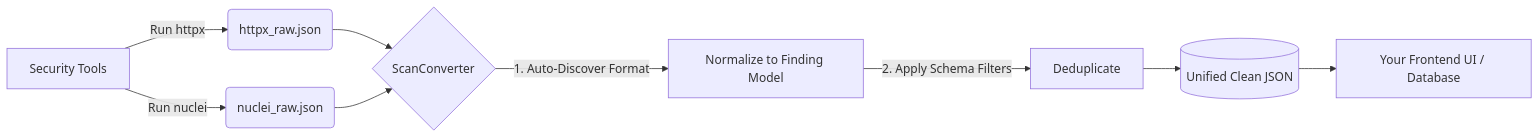
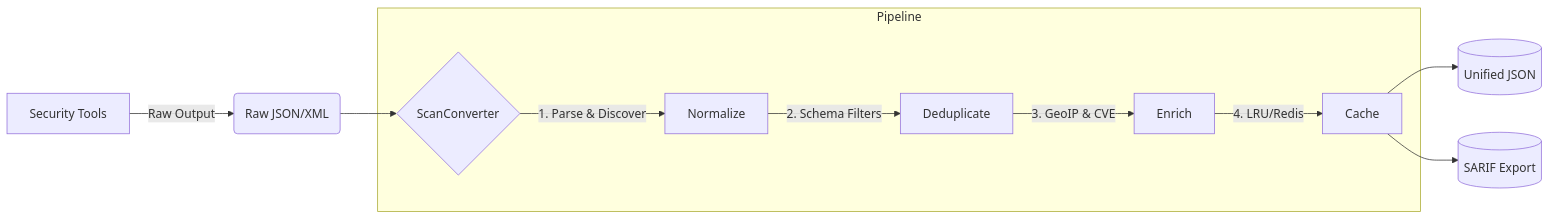
One commit to Ammar777782439/scanconverter changed the diagram in README.md. Above: the diagram before and after it, drawn with Mermaid. The commit also changed other lines of this file, not shown here.

Commit message:
docs: update README with expanded feature list, updated architecture diagram, and enriched library usage examples

````diff
--- a/README.md
+++ b/README.md
@@ -25,14 +34,15 @@
 ```mermaid
 graph LR
-    A[Security Tools] -->|Run httpx| B(httpx_raw.json)
-    A -->|Run nuclei| C(nuclei_raw.json)
+    A[Security Tools] -->|Raw Output| B(Raw JSON/XML)
+    B --> D{ScanConverter}
     
-    B --> D{ScanConverter}
-    C --> D
+    subgraph Pipeline
+    D -->|1. Parse & Discover| E[Normalize]
+    E -->|2. Schema Filters| F[Deduplicate]
+    F -->|3. GeoIP & CVE| G[Enrich]
+    G -->|4. LRU/Redis| H[Cache]
+    end
     
-    D -->|1. Auto-Discover Format| E[Normalize to Finding Model]
-    E -->|2. Apply Schema Filters| F[Deduplicate]
-    
-    F --> G[(Unified Clean JSON)]
-    G --> H[Your Frontend UI / Database]
+    H --> I[(Unified JSON)]
+    H --> J[(SARIF Export)]
 ```
````
